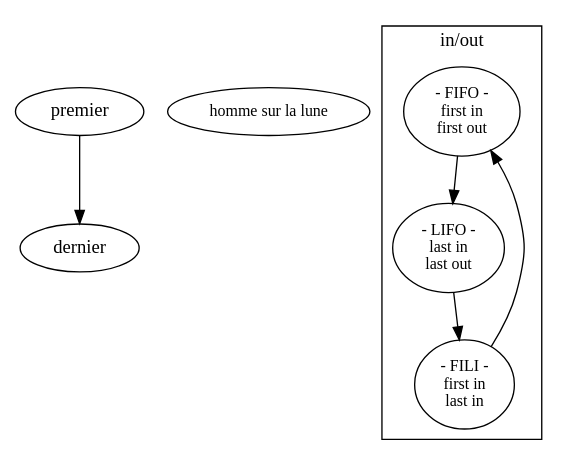
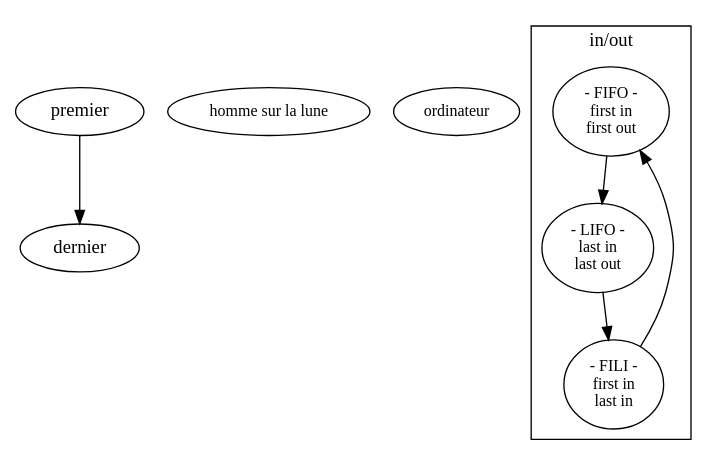
The diagram in sujet.dot (ensad-nancy/first-last), drawn with Graphviz before and after one commit.

Commit message:
+	"ordinateur" +

```diff
--- a/sujet.dot
+++ b/sujet.dot
@@ -1,23 +1,25 @@
 digraph {
 
 	premier -> dernier
 	fontname="myriadpro"
 	fontsize = 14
 	
 	node [fontname="myriadpro", fontsize = 12]
 	edge [fontname="monaco", fontsize = 10]
 
 	"homme sur la lune"
+	"ordinateur"
+	
 
 	subgraph cluster_FO{
 	
 		label="in/out"
 		
 		FIFO [label="- FIFO -\nfirst in\nfirst out"]
 		LIFO [label="- LIFO -\nlast in\nlast out"]
 		FILI [label="- FILI -\nfirst in\n last in"]
 
 		FILI -> FIFO -> LIFO -> FILI
 	}
 	
 }
```
